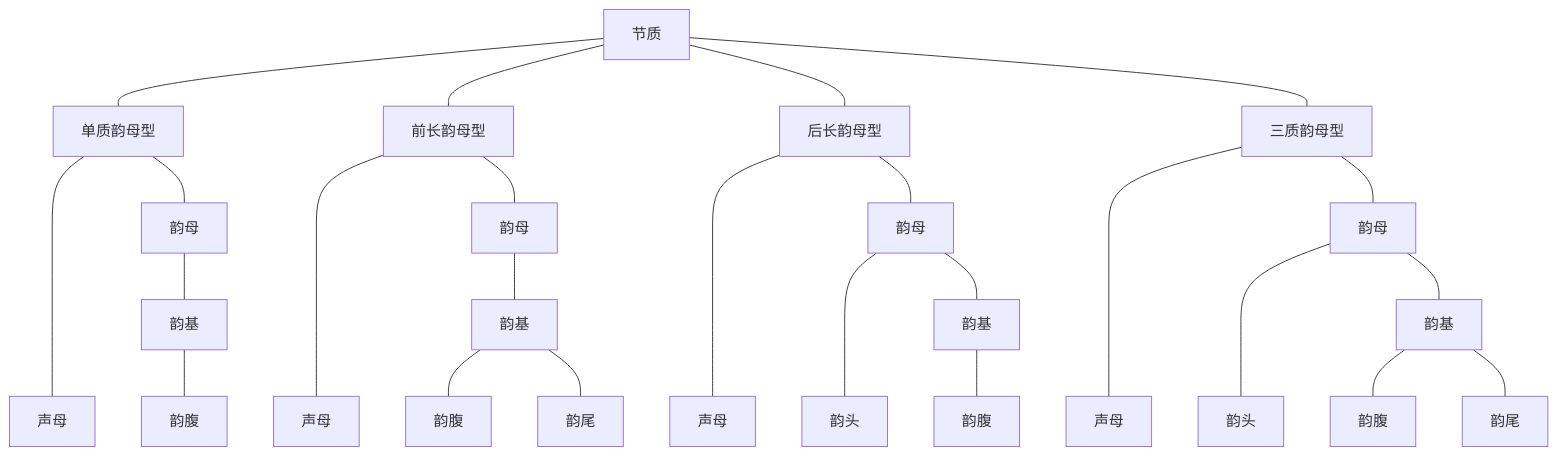
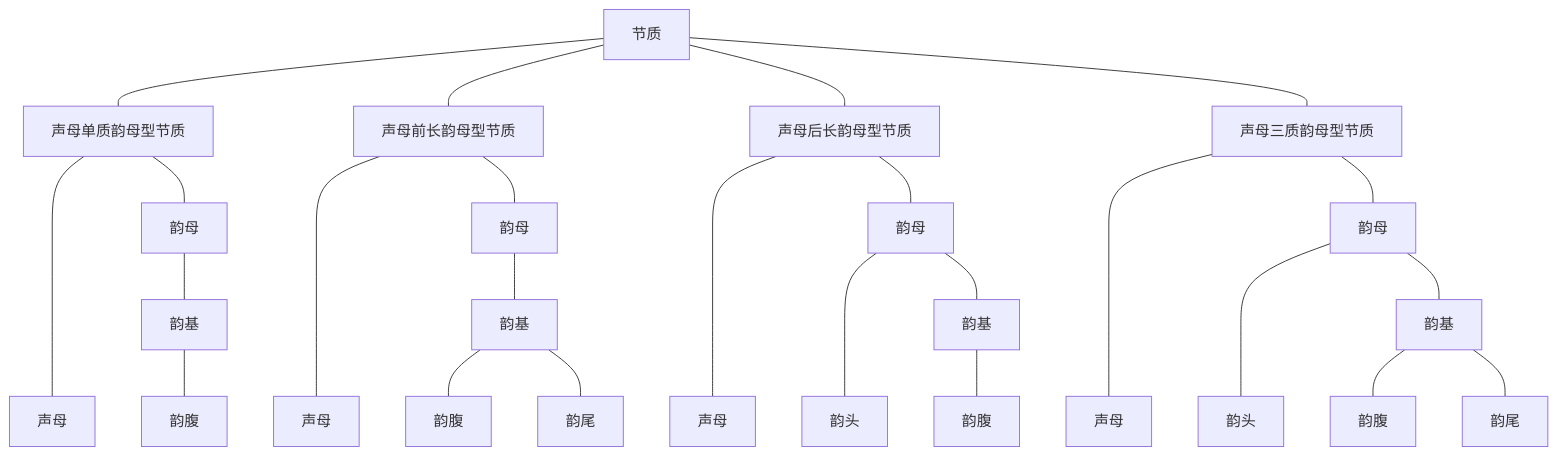
Before and after one commit to tsaanghwang/Yime-prototype: the diagram in YIME_Theory/flowchart/节质树形结构.mmd, drawn with Mermaid. The commit also changed 28 other files, not shown here.

```diff
--- a/YIME_Theory/flowchart/节质树形结构.mmd
+++ b/YIME_Theory/flowchart/节质树形结构.mmd
@@ -1,29 +1,29 @@
 graph TB
-A[节质]  --- B1[单质韵母型]
-A --- B2[前长韵母型]
-A --- B3[后长韵母型]
-A --- B4[三质韵母型]
+A[节质]  --- B1[声母单质韵母型节质]
+A --- B2[声母前长韵母型节质]
+A --- B3[声母后长韵母型节质]
+A --- B4[声母三质韵母型节质]
 
 B1 ----- C1[声母]
 B1 --- C2[韵母]
 C2 --- C3[韵基]
 C3 --- C4[韵腹]
 
 B2 ----- D1[声母]
 B2 --- D2[韵母]
 D2 --- D3[韵基]
 D3 --- D4[韵腹]
 D3 --- D5[韵尾]
 
 B3 ----- E1[声母]
 B3 --- E2[韵母]
 E2 ---- E3[韵头]
 E2 --- E4[韵基]
 E4 --- E5[韵腹]
 
 B4 ----- F1[声母]
 B4 --- F2[韵母]
 F2 ---- F3[韵头]
 F2 --- F4[韵基]
 F4 --- F5[韵腹]
 F4 --- F6[韵尾]
```
